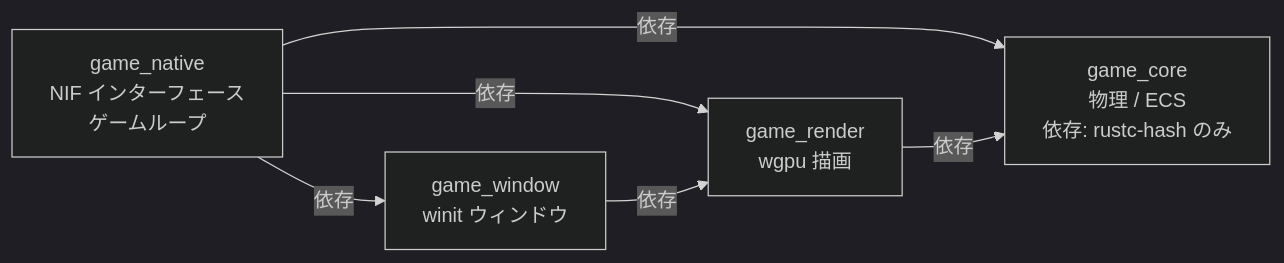
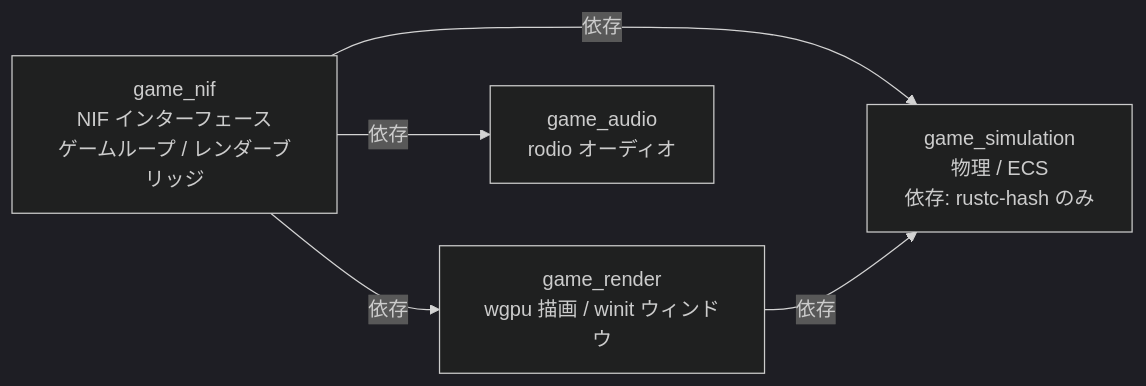
Before and after one commit to FRICK-ELDY/alchemy-engine: the first of 12 diagrams in docs/rust-layer.md, drawn with Mermaid (dark theme). The commit also changed other lines of this file and 3 other files, not shown here.

````diff
--- a/docs/rust-layer.md
+++ b/docs/rust-layer.md
@@ -11,13 +11,12 @@
 ```mermaid
 graph LR
-    GN[game_native<br/>NIF インターフェース<br/>ゲームループ]
-    GC[game_core<br/>物理 / ECS<br/>依存: rustc-hash のみ]
-    GR[game_render<br/>wgpu 描画]
-    GW[game_window<br/>winit ウィンドウ]
+    GN[game_nif<br/>NIF インターフェース<br/>ゲームループ / レンダーブリッジ]
+    GS[game_simulation<br/>物理 / ECS<br/>依存: rustc-hash のみ]
+    GR[game_render<br/>wgpu 描画 / winit ウィンドウ]
+    GA[game_audio<br/>rodio オーディオ]
 
-    GN -->|依存| GC
+    GN -->|依存| GS
     GN -->|依存| GR
-    GN -->|依存| GW
-    GR -->|依存| GC
-    GW -->|依存| GR
+    GN -->|依存| GA
+    GR -->|依存| GS
 ```
````
